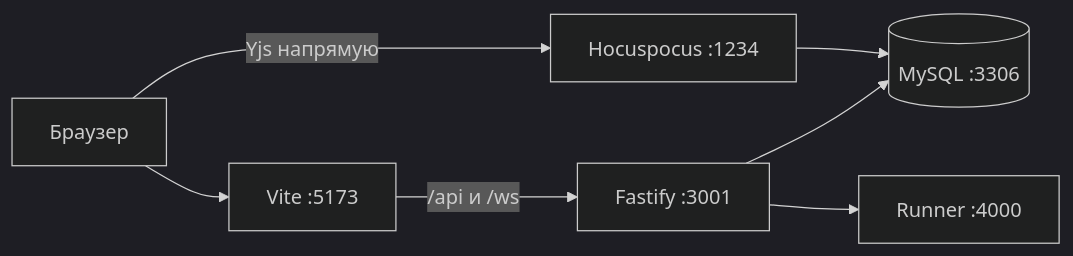
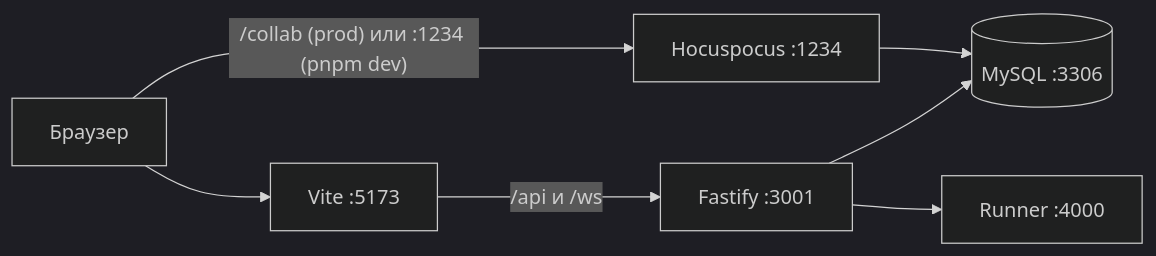
Before and after one commit to DamBalDoor/Livepad: the diagram in README.md, drawn with Mermaid (dark theme). The commit also changed other lines of this file and 17 other files, not shown here.

First line of the commit message:
feat: Docker DEV stack, GHCR CI/CD and edge proxy for collab

````diff
--- a/README.md
+++ b/README.md
@@ -34,16 +34,16 @@
 ```mermaid
 flowchart LR
   Browser[Браузер]
   Web[Vite :5173]
   Api[Fastify :3001]
   Collab[Hocuspocus :1234]
   Db[(MySQL :3306)]
   Runner[Runner :4000]
 
   Browser --> Web
   Web -->|"/api и /ws"| Api
-  Browser -->|"Yjs напрямую"| Collab
+  Browser -->|"/collab (prod) или :1234 (pnpm dev)"| Collab
   Api --> Db
   Collab --> Db
   Api --> Runner
 ```
````
